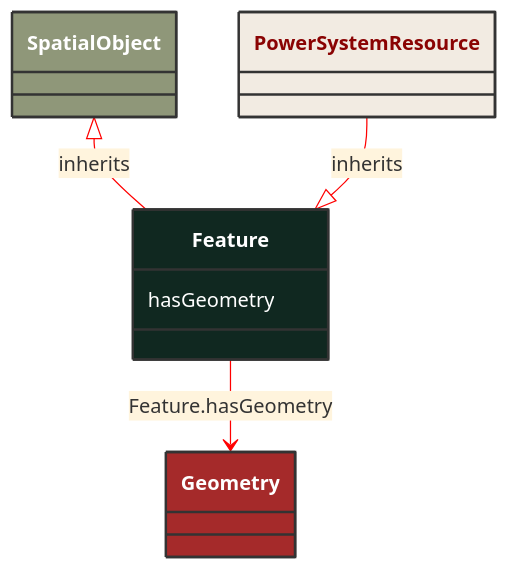
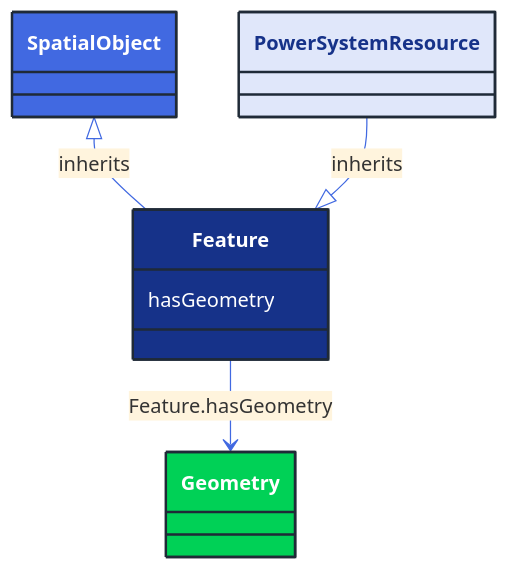
Before and after one commit to 3lbits/NoCIMExtensions: the diagram in docs/Models/Profiles/GridCapacity/AbstractClasses/Feature.md, drawn with Mermaid. The commit also changed 362 other files, not shown here.

First line of the commit message:
Update diagrams and styles for improved visual consistency

````diff
--- a/docs/Models/Profiles/GridCapacity/AbstractClasses/Feature.md
+++ b/docs/Models/Profiles/GridCapacity/AbstractClasses/Feature.md
@@ -10,24 +10,24 @@
 ```mermaid
-%%{init: {'theme':'base','themeVariables': {'lineColor': '#FF0000'}}}%%
+%%{init: {'theme':'base','themeVariables': {'lineColor': '#4169E1'}}}%%
 classDiagram
     class Feature
     click Feature href "/Models/Profiles/GridCapacity/AbstractClasses/Feature/"
-    style Feature fill:#102820,stroke:#333,stroke-width:2px,rx:10,ry:10,color:white
+    style Feature fill:#163289,stroke:#1F2A37,stroke-width:2px,rx:10,ry:10,color:white
      
         SpatialObject <|-- Feature : inherits
             click SpatialObject href "/Models/Profiles/GridCapacity/AbstractClasses/SpatialObject/"
-            style SpatialObject fill:#8F9779,stroke:#333,stroke-width:2px,rx:10,ry:10,color:white
+            style SpatialObject fill:#4169E1,stroke:#1F2A37,stroke-width:2px,rx:10,ry:10,color:white
 
         PowerSystemResource --|> Feature : inherits
             click PowerSystemResource href "/Models/Profiles/GridCapacity/AbstractClasses/PowerSystemResource/"
-            style PowerSystemResource fill:#F2EBE2,stroke:#333,stroke-width:2px,rx:10,ry:10,color:#8A0303
+            style PowerSystemResource fill:#E0E7FA,stroke:#1F2A37,stroke-width:2px,rx:10,ry:10,color:#163289
 
         Feature --> Geometry : Feature.hasGeometry
 
         Geometry
             click Geometry href "/Models/Profiles/GridCapacity/AbstractClasses/Geometry/"
-            style Geometry fill:#A52A2A,stroke:#333,stroke-width:2px,rx:10,ry:10,color:white
+            style Geometry fill:#00D156,stroke:#1F2A37,stroke-width:2px,rx:10,ry:10,color:white
 
 
         Feature : hasGeometry
 ```
````
